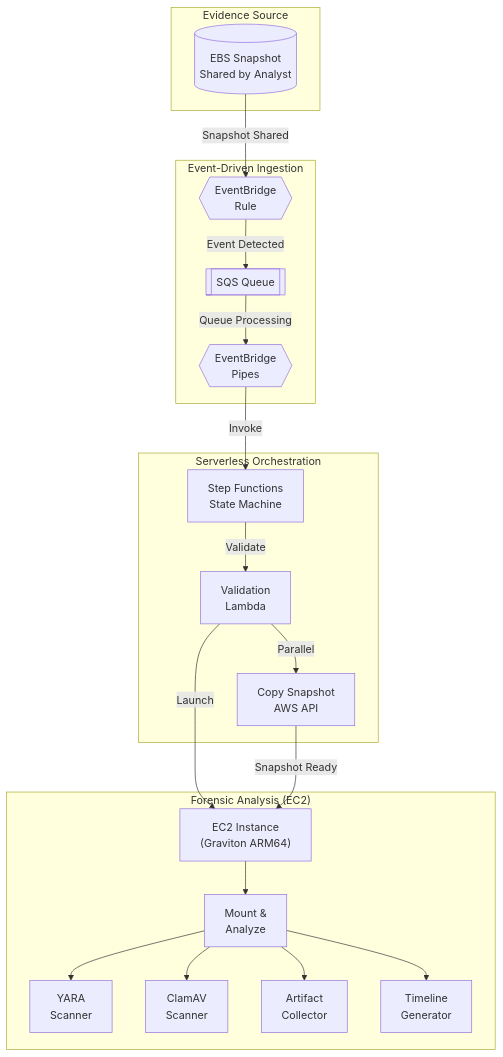
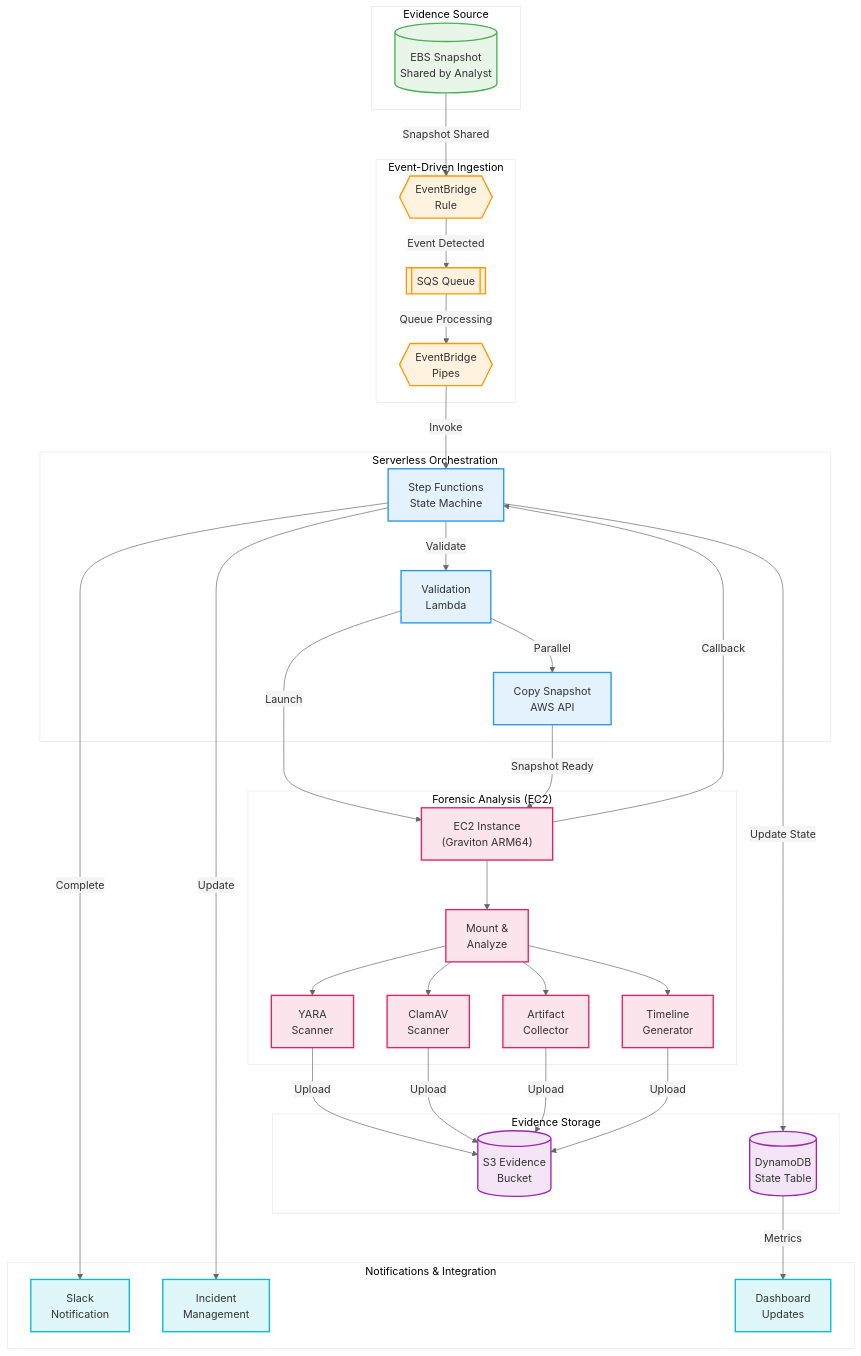
One commit to Stealinglight/Snapshot-Sleuth changed the first of 4 diagrams in .github/pages/case-study.md. Above: the diagram before and after it, drawn with Mermaid. The commit also changed other lines of this file and 4 other files, not shown here.

First line of the commit message:
Add case study assets: code examples, metrics, and enhanced diagrams

````diff
--- a/.github/pages/case-study.md
+++ b/.github/pages/case-study.md
@@ -44,41 +44,76 @@
 ```mermaid
+%%{init: {'theme': 'base', 'themeVariables': { 'primaryColor': '#4a90a4', 'secondaryColor': '#f4f4f4', 'tertiaryColor': '#fff', 'primaryTextColor': '#333', 'lineColor': '#666'}}}%%
 flowchart TB
     subgraph Source["Evidence Source"]
         A[("EBS Snapshot<br/>Shared by Analyst")]
     end
 
     subgraph EventDriven["Event-Driven Ingestion"]
         B{{"EventBridge<br/>Rule"}}
         C[["SQS Queue"]]
         D{{"EventBridge<br/>Pipes"}}
     end
 
     subgraph Orchestration["Serverless Orchestration"]
         E["Step Functions<br/>State Machine"]
         F["Validation<br/>Lambda"]
         G["Copy Snapshot<br/>AWS API"]
     end
 
     subgraph ForensicAnalysis["Forensic Analysis (EC2)"]
         H["EC2 Instance<br/>(Graviton ARM64)"]
         I["Mount &<br/>Analyze"]
         J["YARA<br/>Scanner"]
         K["ClamAV<br/>Scanner"]
         L["Artifact<br/>Collector"]
         M["Timeline<br/>Generator"]
     end
 
+    subgraph Storage["Evidence Storage"]
+        N[("S3 Evidence<br/>Bucket")]
+        O[("DynamoDB<br/>State Table")]
+    end
+
+    subgraph Notifications["Notifications & Integration"]
+        P["Slack<br/>Notification"]
+        Q["Incident<br/>Management"]
+        R["Dashboard<br/>Updates"]
+    end
+
     A -->|"Snapshot Shared"| B
     B -->|"Event Detected"| C
     C -->|"Queue Processing"| D
     D -->|"Invoke"| E
     E -->|"Validate"| F
     F -->|"Parallel"| G
     F -->|"Launch"| H
     G -->|"Snapshot Ready"| H
     H --> I
     I --> J
     I --> K
     I --> L
     I --> M
+    J -->|"Upload"| N
+    K -->|"Upload"| N
+    L -->|"Upload"| N
+    M -->|"Upload"| N
+    H -->|"Callback"| E
+    E -->|"Update State"| O
+    E -->|"Complete"| P
+    E -->|"Update"| Q
+    O -->|"Metrics"| R
+
+    classDef source fill:#e8f5e9,stroke:#4caf50,stroke-width:2px
+    classDef event fill:#fff3e0,stroke:#ff9800,stroke-width:2px
+    classDef orchestration fill:#e3f2fd,stroke:#2196f3,stroke-width:2px
+    classDef forensic fill:#fce4ec,stroke:#e91e63,stroke-width:2px
+    classDef storage fill:#f3e5f5,stroke:#9c27b0,stroke-width:2px
+    classDef notify fill:#e0f7fa,stroke:#00bcd4,stroke-width:2px
+
+    class A source
+    class B,C,D event
+    class E,F,G orchestration
+    class H,I,J,K,L,M forensic
+    class N,O storage
+    class P,Q,R notify
 ```
````
